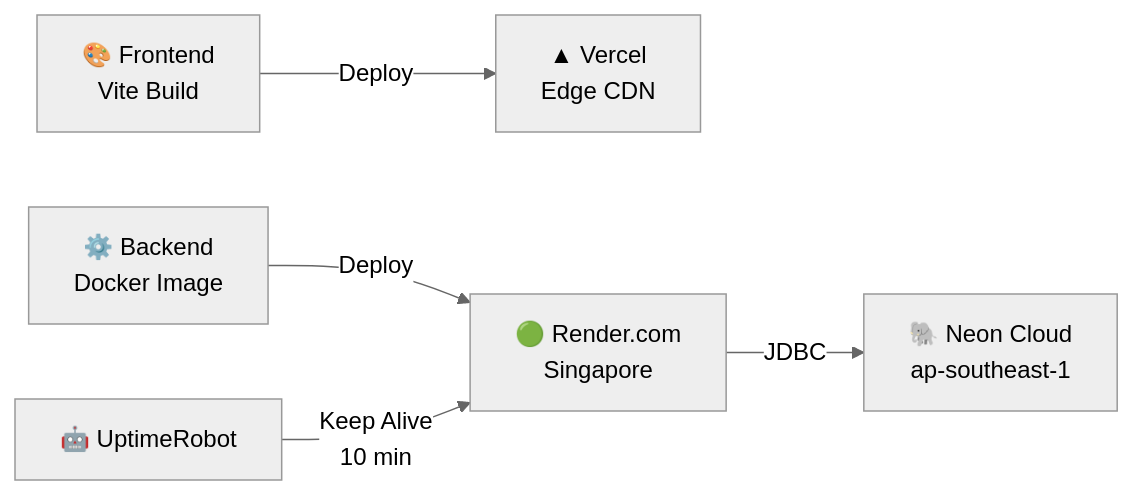
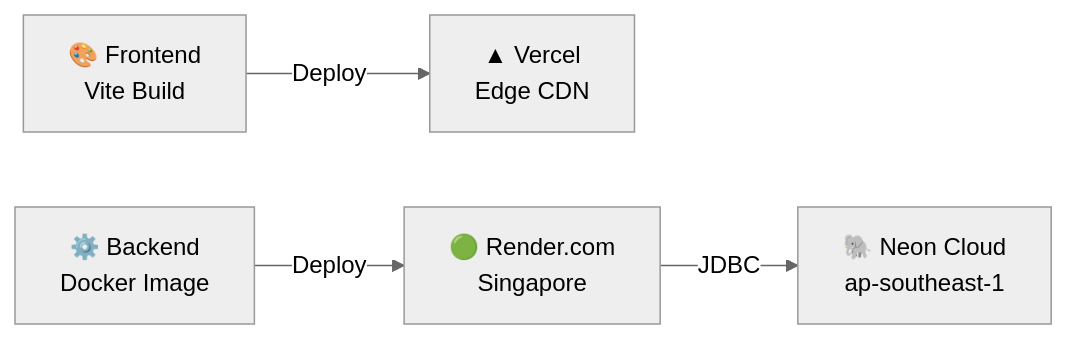
One commit to Sagar-devx/docu-mind-ai changed the second of 2 diagrams in README.md. Above: the diagram before and after it, drawn with Mermaid (neutral theme). The commit also changed other lines of this file, not shown here.

````diff
--- a/README.md
+++ b/README.md
@@ -295,7 +287,6 @@
 ```mermaid
 flowchart LR
     A["🎨 Frontend\nVite Build"] -->|"Deploy"| B["▲ Vercel\nEdge CDN"]
     C["⚙️ Backend\nDocker Image"] -->|"Deploy"| D["🟢 Render.com\nSingapore"]
     D -->|"JDBC"| E["🐘 Neon Cloud\nap-southeast-1"]
-    F["🤖 UptimeRobot"] -->|"Keep Alive\n10 min"| D
 ```
````
